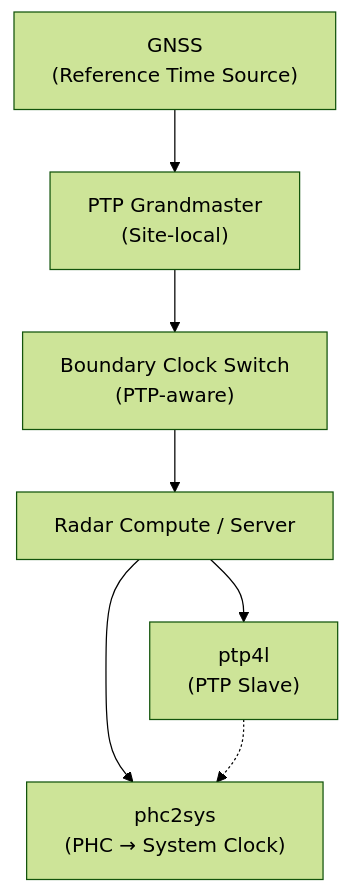
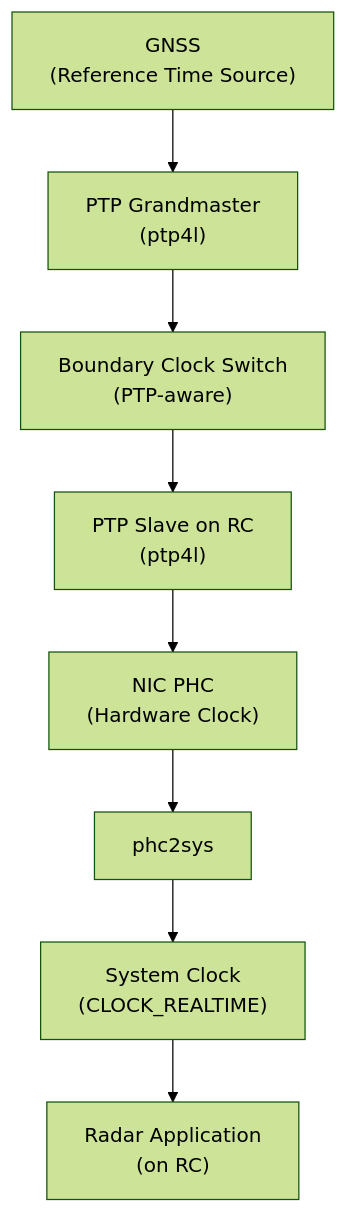
Before and after one commit to ej838639/timing: the first of 2 diagrams in docs/system_architecture.md, drawn with Mermaid (forest theme). The commit also changed other lines of this file and 1 other file, not shown here.

````diff
--- a/docs/system_architecture.md
+++ b/docs/system_architecture.md
@@ -2,9 +2,10 @@
 ```mermaid
 flowchart TD
-GNSS["GNSS<br>(Reference Time Source)"] --> GM["PTP Grandmaster<br>(Site-local)"]
+GNSS["GNSS<br>(Reference Time Source)"] --> GM["PTP Grandmaster<br>(ptp4l)"]
 GM --> BC["Boundary Clock Switch<br>(PTP-aware)"]
-BC --> RC["Radar Compute / Server"]
-RC --> PTP["ptp4l<br>(PTP Slave)"]
-RC --> PHC["phc2sys<br>(PHC → System Clock)"]
-PTP -.-> PHC
+BC --> PTP["PTP Slave on RC<br>(ptp4l)"]
+PTP --> PHC["NIC PHC<br>(Hardware Clock)"]
+PHC --> PHC2SYS["phc2sys"]
+PHC2SYS --> SYSCLK["System Clock<br>(CLOCK_REALTIME)"]
+SYSCLK --> APP["Radar Application<br>(on RC)"]
 ```
````
